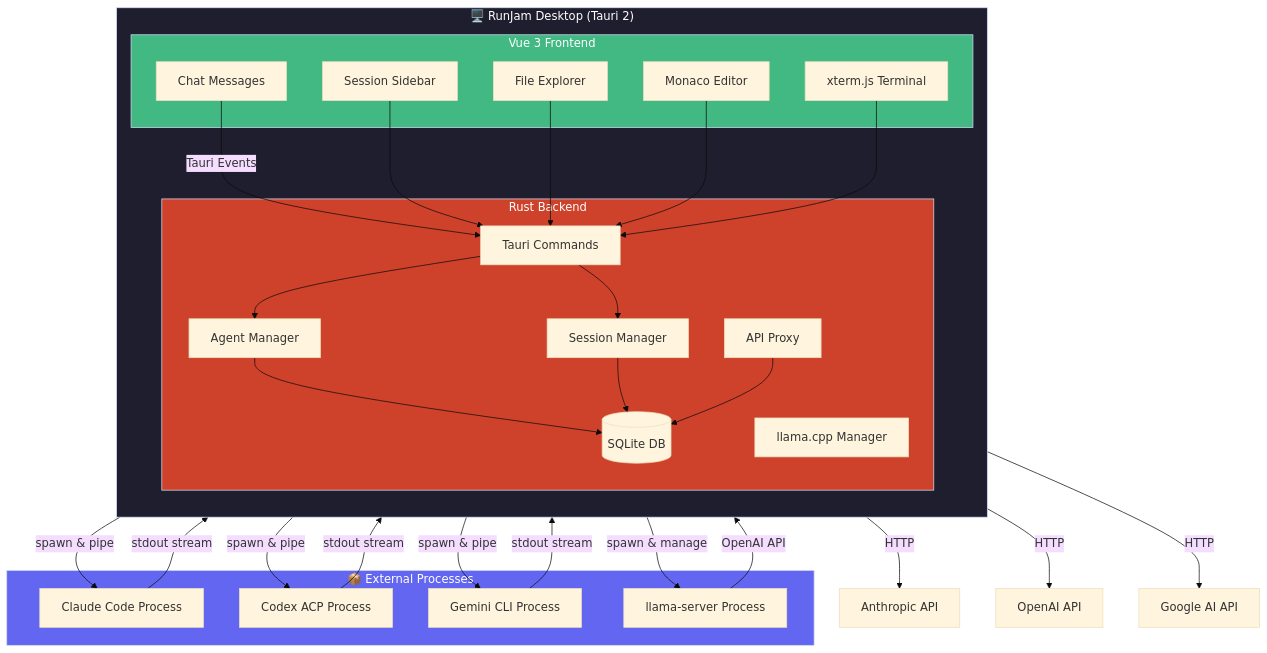
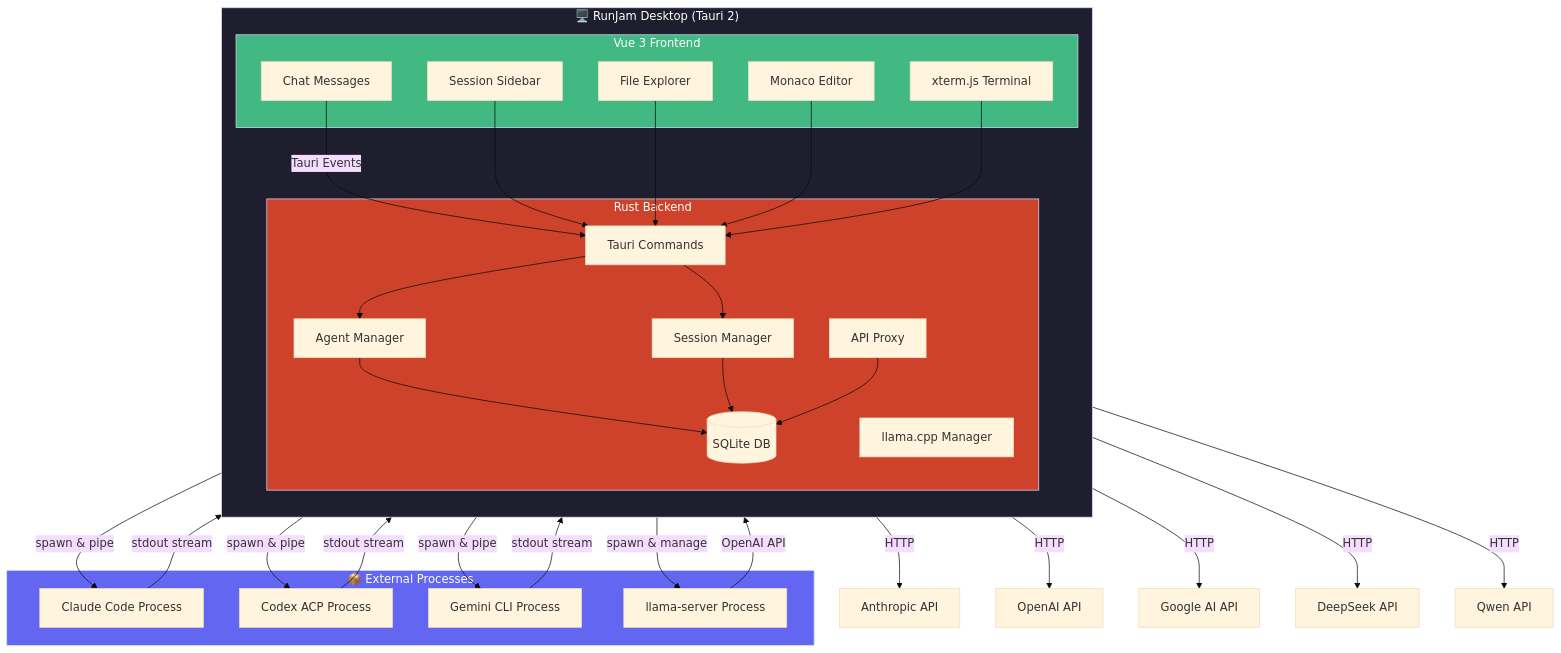
Before and after one commit to peintune/runjam: the second of 2 diagrams in README.md, drawn with Mermaid (base theme). The commit also changed other lines of this file and 1 other file, not shown here.

````diff
--- a/README.md
+++ b/README.md
@@ -234,60 +238,62 @@
 ```mermaid
 flowchart TB
     subgraph Desktop["🖥️ RunJam Desktop (Tauri 2)"]
         direction TB
         subgraph Frontend2["Vue 3 Frontend"]
             Chat[Chat Messages]
             Sidebar[Session Sidebar]
             Explorer[File Explorer]
             Editor[Monaco Editor]
             Terminal[xterm.js Terminal]
         end
 
         subgraph RustBackend["Rust Backend"]
             Cmds[Tauri Commands]
             AgentMgr[Agent Manager]
             SessionMgr[Session Manager]
             DB[(SQLite DB)]
             Proxy2[API Proxy]
             LlamaSrv[llama.cpp Manager]
         end
     end
 
     subgraph Processes["📦 External Processes"]
         ClaudeProc[Claude Code Process]
         CodexProc[Codex ACP Process]
         GeminiProc[Gemini CLI Process]
         LlamaProc[llama-server Process]
     end
 
     Chat -->|"Tauri Events"| Cmds
     Sidebar --> Cmds
     Explorer --> Cmds
     Editor --> Cmds
     Terminal --> Cmds
 
     Cmds --> AgentMgr
     Cmds --> SessionMgr
     AgentMgr --> DB
     SessionMgr --> DB
     Proxy2 --> DB
 
     AgentMgr -->|"spawn & pipe"| ClaudeProc
     AgentMgr -->|"spawn & pipe"| CodexProc
     AgentMgr -->|"spawn & pipe"| GeminiProc
     LlamaSrv -->|"spawn & manage"| LlamaProc
 
     ClaudeProc -->|"stdout stream"| Proxy2
     CodexProc -->|"stdout stream"| Proxy2
     GeminiProc -->|"stdout stream"| Proxy2
     LlamaProc -->|"OpenAI API"| Proxy2
 
     Proxy2 -->|"HTTP"| AnthropicAPI[Anthropic API]
     Proxy2 -->|"HTTP"| OpenAIAPI[OpenAI API]
     Proxy2 -->|"HTTP"| GoogleAPI[Google AI API]
+    Proxy2 -->|"HTTP"| DeepSeekAPI[DeepSeek API]
+    Proxy2 -->|"HTTP"| QwenAPI[Qwen API]
 
     style Desktop fill:#1e1e2e,color:#fff
     style Frontend2 fill:#42b883,color:#fff
     style RustBackend fill:#ce422b,color:#fff
     style Processes fill:#6366f1,color:#fff
 ```
````
